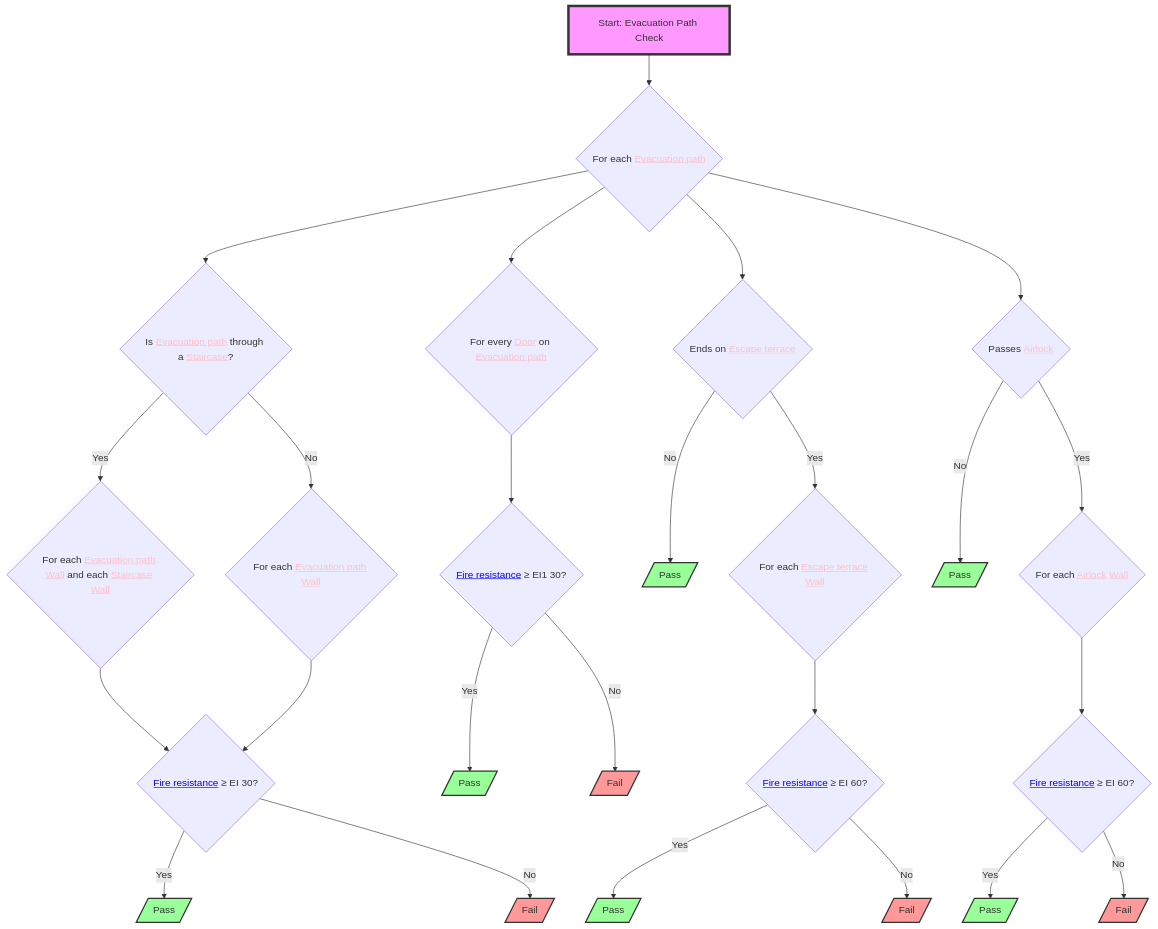
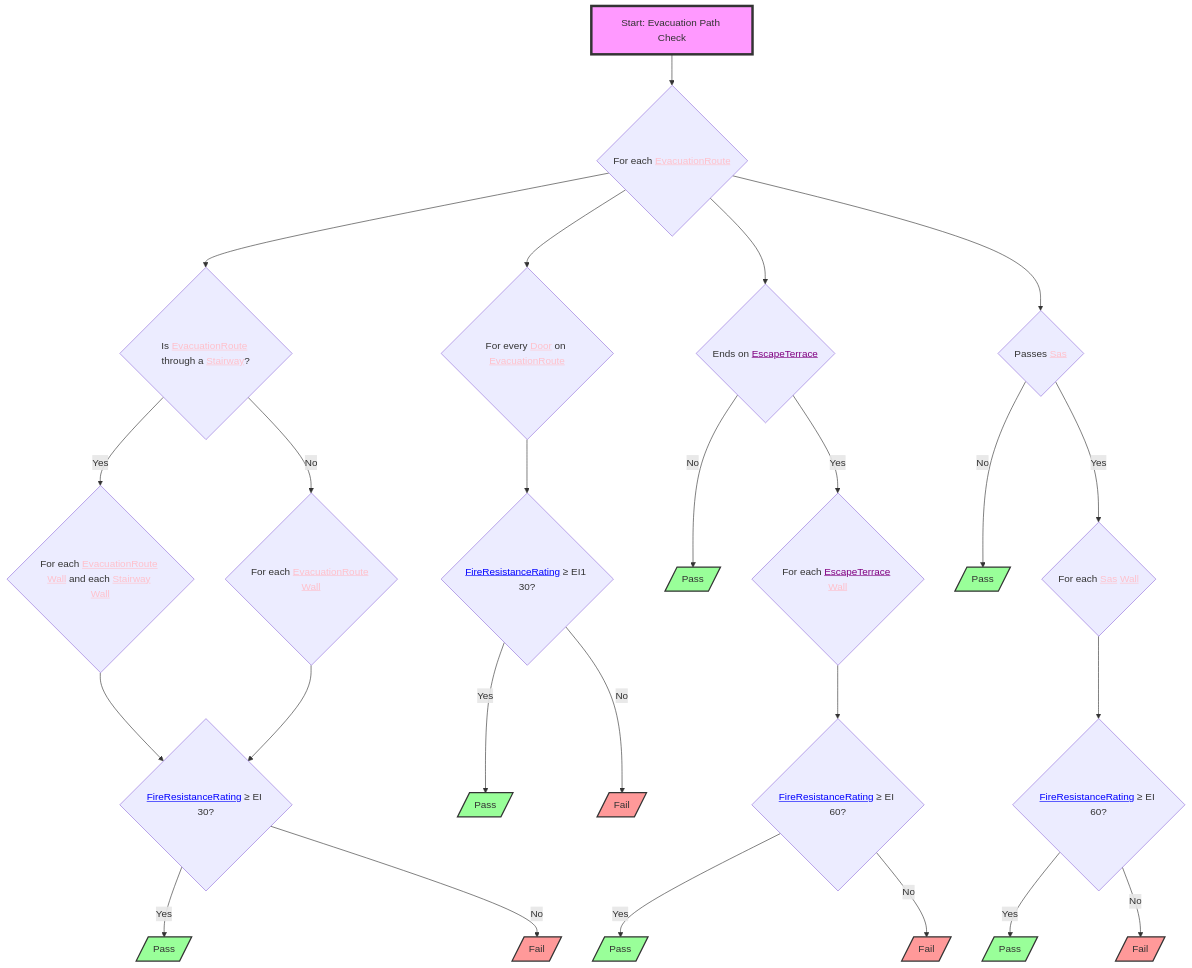
Before and after one commit to CedricDriesen92/RulebookProcessing: the diagram in mmddiagrams/section_4_2.mmd, drawn with Mermaid. The commit also changed other lines of this file and 16 other files, not shown here.

```diff
--- a/mmddiagrams/section_4_2.mmd
+++ b/mmddiagrams/section_4_2.mmd
@@ -1,38 +1,38 @@
 flowchart TD
-    S1["Start: Evacuation Path Check"] --> A{"For each <a href="http://example.com/firebimbuilding#EvacuationPath" style="color:pink;">Evacuation path</a>"}
-    A --> B{"Is <a href="http://example.com/firebimbuilding#EvacuationPath" style="color:pink;">Evacuation path</a> through a <a href="http://example.com/firebimbuilding#Staircase" style="color:pink">Staircase</a>?"} & I{"For every&nbsp;<a href="http://example.com/firebimbuilding#Door" style="color:pink">Door</a>&nbsp;on <a href="http://example.com/firebimbuilding#EvacuationPath" style="color:pink">Evacuation path</a>"} & N{"Ends on&nbsp;<a href="http://example.com/firebimbuilding#EscapeTerrace" style="color:pink">Escape terrace</a>"} & V{"Passes&nbsp;<a href="http://example.com/firebimbuilding#Airlock" style="color:pink">Airlock</a>"}
-    B -- Yes --> C{"For each <a href="http://example.com/firebimbuilding#EvacuationPath" style="color:pink;">Evacuation path</a> <a href="http://example.com/firebimbuilding#Wall" style="color:pink">Wall</a> and each <a href="http://example.com/firebimbuilding#Staircase" style="color:pink">Staircase</a> <a href="http://example.com/firebimbuilding#Wall" style="color:pink">Wall</a>"}
-    B -- No --> D{"For each <a href="http://example.com/firebimbuilding#EvacuationPath" style="color:pink;">Evacuation path</a> <a href="http://example.com/firebimbuilding#Wall" style="color:pink">Wall</a>"}
-    C --> F{"<a href="http://example.com/firebimbuilding#FireResistance" style="color:blue">Fire resistance</a> ≥ EI 30?"}
+    S1["Start: Evacuation Path Check"] --> A{"For each <a href='http://example.com/firebimbuilding#EvacuationRoute' style='color:pink;'>EvacuationRoute</a>"}
+    A --> B{"Is <a href='http://example.com/firebimbuilding#EvacuationRoute' style='color:pink;'>EvacuationRoute</a> through a <a href='http://example.com/firebimbuilding#Stairway' style='color:pink'>Stairway</a>?"} & I{"For every <a href='http://example.com/firebimbuilding#Door' style='color:pink'>Door</a> on <a href='http://example.com/firebimbuilding#EvacuationRoute' style='color:pink'>EvacuationRoute</a>"} & N{"Ends on <a href='http://example.com/firebimbuilding#EscapeTerrace' style='color:purple'>EscapeTerrace</a>"} & V{"Passes <a href='http://example.com/firebimbuilding#Sas' style='color:pink'>Sas</a>"}
+    B -- Yes --> C{"For each <a href='http://example.com/firebimbuilding#EvacuationRoute' style='color:pink;'>EvacuationRoute</a> <a href='http://example.com/firebimbuilding#Wall' style='color:pink'>Wall</a> and each <a href='http://example.com/firebimbuilding#Stairway' style='color:pink'>Stairway</a> <a href='http://example.com/firebimbuilding#Wall' style='color:pink'>Wall</a>"}
+    B -- No --> D{"For each <a href='http://example.com/firebimbuilding#EvacuationRoute' style='color:pink;'>EvacuationRoute</a> <a href='http://example.com/firebimbuilding#Wall' style='color:pink'>Wall</a>"}
+    C --> F{"<a href='http://example.com/firebimbuilding#FireResistanceRating' style='color:blue'>FireResistanceRating</a> ≥ EI 30?"}
     F -- Yes --> G[/"Pass"/]
     F -- No --> H[/"Fail"/]
-    K{"<a href="http://example.com/firebimbuilding#FireResistance" style="color:blue;">Fire resistance</a> ≥ EI1 30?"} -- Yes --> L[/"Pass"/]
+    K{"<a href='http://example.com/firebimbuilding#FireResistanceRating' style='color:blue;'>FireResistanceRating</a> ≥ EI1 30?"} -- Yes --> L[/"Pass"/]
     K -- No --> M[/"Fail"/]
-    R{"<a href="http://example.com/firebimbuilding#FireResistance" style="color:blue;">Fire resistance</a> ≥ EI 60?"} -- Yes --> S[/"Pass"/]
+    R{"<a href='http://example.com/firebimbuilding#FireResistanceRating' style='color:blue;'>FireResistanceRating</a> ≥ EI 60?"} -- Yes --> S[/"Pass"/]
     R -- No --> T[/"Fail"/]
     N -- No --> U[/"Pass"/]
-    Z{"<a href="http://example.com/firebimbuilding#FireResistance" style="color:blue;">Fire resistance</a> ≥ EI 60?"} -- Yes --> AA[/"Pass"/]
+    Z{"<a href='http://example.com/firebimbuilding#FireResistanceRating' style='color:blue;'>FireResistanceRating</a> ≥ EI 60?"} -- Yes --> AA[/"Pass"/]
     Z -- No --> AB[/"Fail"/]
     V -- No --> AC[/"Pass"/]
     D --> F
     I --> K
-    N -- Yes --> P{"For each <a href="http://example.com/firebimbuilding#EscapeTerrace" style="color:pink;">Escape terrace</a> <a href="http://example.com/firebimbuilding#Wall" style="color:pink">Wall</a>"}
-    X{"For each <a href="http://example.com/firebimbuilding#Airlock" style="color:pink;">Airlock</a> <a href="http://example.com/firebimbuilding#Wall" style="color:pink">Wall</a>"} --> Z
+    N -- Yes --> P{"For each <a href='http://example.com/firebimbuilding#EscapeTerrace' style='color:purple;'>EscapeTerrace</a> <a href='http://example.com/firebimbuilding#Wall' style='color:pink'>Wall</a>"}
+    X{"For each <a href='http://example.com/firebimbuilding#Sas' style='color:pink;'>Sas</a> <a href='http://example.com/firebimbuilding#Wall' style='color:pink'>Wall</a>"} --> Z
     P --> R
     V -- Yes --> X
 
      S1:::startClass
      G:::passClass
      H:::failClass
      L:::passClass
      M:::failClass
      S:::passClass
      T:::failClass
      U:::passClass
      AA:::passClass
      AB:::failClass
      AC:::passClass
     classDef startClass fill:#f9f,stroke:#333,stroke-width:4px
     classDef passClass fill:#9f9,stroke:#333,stroke-width:2px
     classDef failClass fill:#f99,stroke:#333,stroke-width:2px
     classDef continueClass fill:#FFD600,stroke:#333,stroke-width:2px
```
